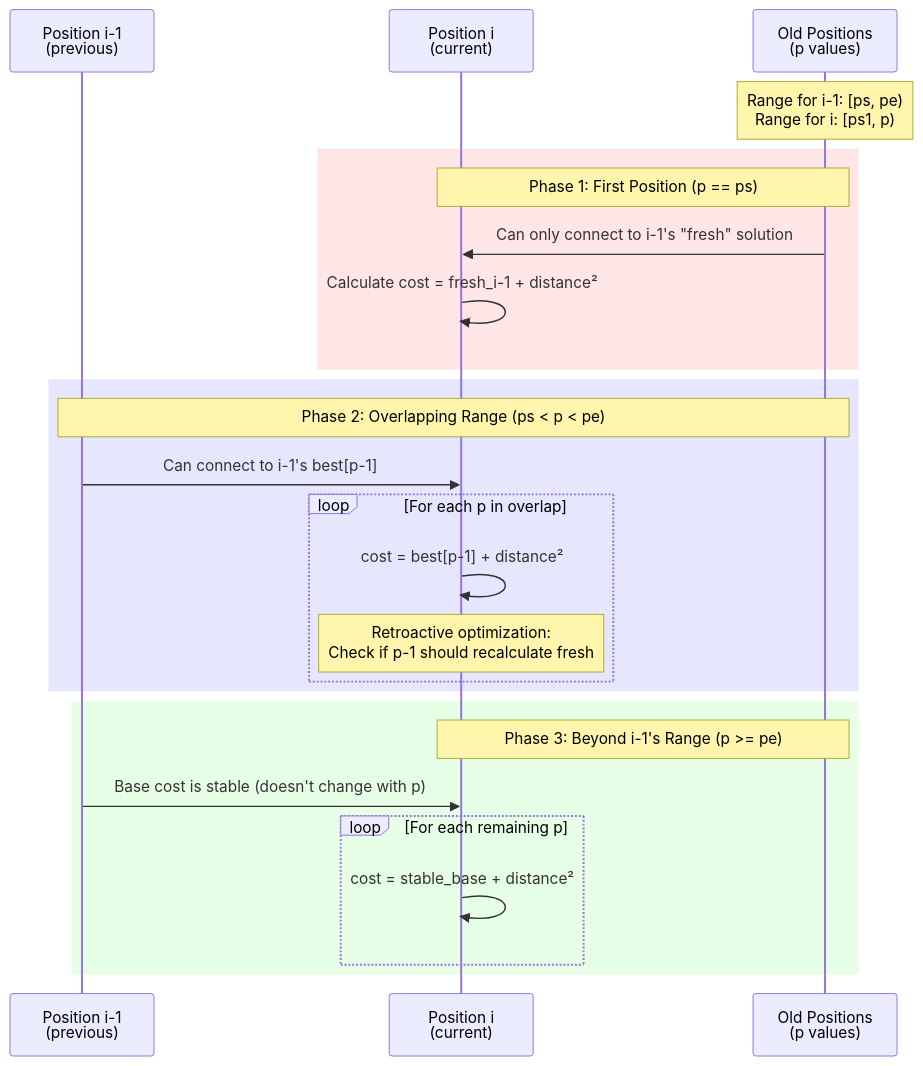
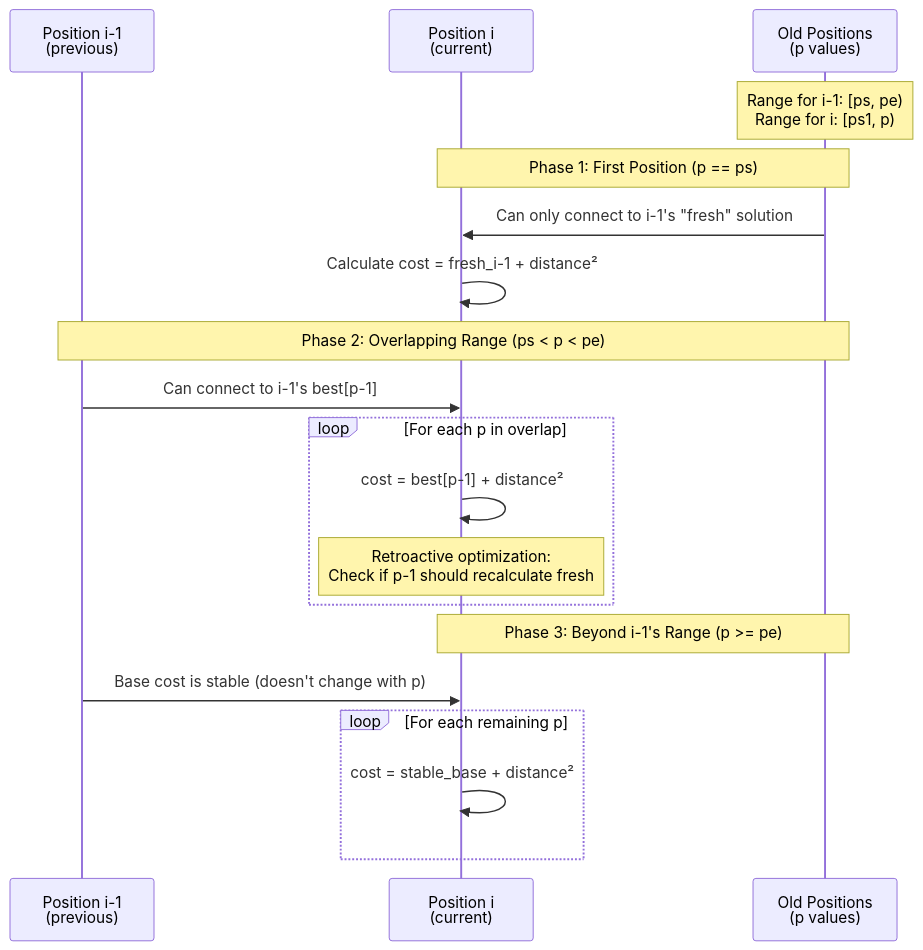
Before and after one commit to xaos-project/XaoS: the sixth of 7 diagrams in src/engine/zoomviz.md, drawn with Mermaid. The commit also changed other lines of this file, not shown here.

````diff
--- a/src/engine/zoomviz.md
+++ b/src/engine/zoomviz.md
@@ -191,31 +178,25 @@
 ```mermaid
 sequenceDiagram
     participant i-1 as Position i-1<br/>(previous)
     participant i as Position i<br/>(current)
     participant Old as Old Positions<br/>(p values)
 
     Note over Old: Range for i-1: [ps, pe)<br/>Range for i: [ps1, p)
 
-    rect rgb(255, 230, 230)
-        Note over i,Old: Phase 1: First Position (p == ps)
-        Old->>i: Can only connect to i-1's "fresh" solution
-        i->>i: Calculate cost = fresh_i-1 + distance²
+    Note over i,Old: Phase 1: First Position (p == ps)
+    Old->>i: Can only connect to i-1's "fresh" solution
+    i->>i: Calculate cost = fresh_i-1 + distance²
+
+    Note over i-1,Old: Phase 2: Overlapping Range (ps < p < pe)
+    i-1->>i: Can connect to i-1's best[p-1]
+    loop For each p in overlap
+        i->>i: cost = best[p-1] + distance²
+        Note over i: Retroactive optimization:<br/>Check if p-1 should recalculate fresh
     end
 
-    rect rgb(230, 230, 255)
-        Note over i-1,Old: Phase 2: Overlapping Range (ps < p < pe)
-        i-1->>i: Can connect to i-1's best[p-1]
-        loop For each p in overlap
-            i->>i: cost = best[p-1] + distance²
-            Note over i: Retroactive optimization:<br/>Check if p-1 should recalculate fresh
-        end
-    end
-
-    rect rgb(230, 255, 230)
-        Note over i,Old: Phase 3: Beyond i-1's Range (p >= pe)
-        i-1->>i: Base cost is stable (doesn't change with p)
-        loop For each remaining p
-            i->>i: cost = stable_base + distance²
-        end
+    Note over i,Old: Phase 3: Beyond i-1's Range (p >= pe)
+    i-1->>i: Base cost is stable (doesn't change with p)
+    loop For each remaining p
+        i->>i: cost = stable_base + distance²
     end
 ```
````
